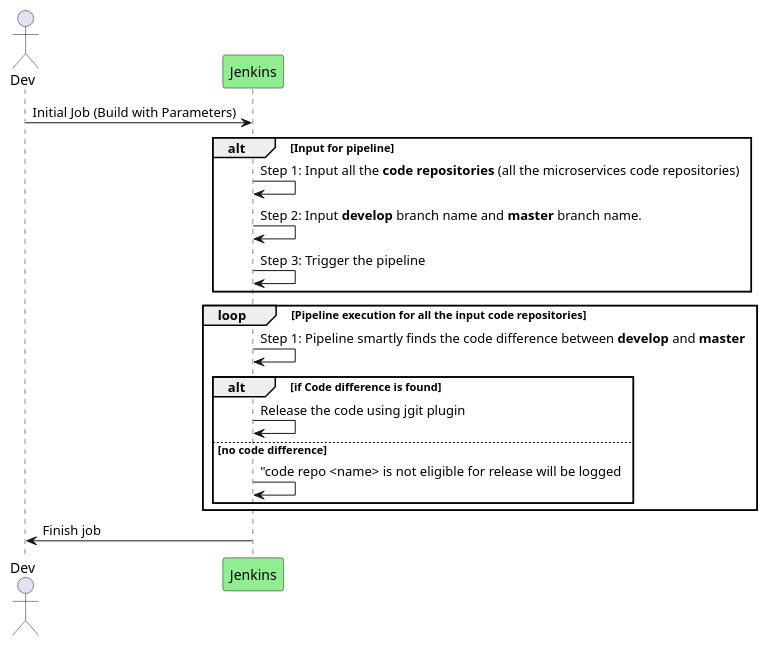
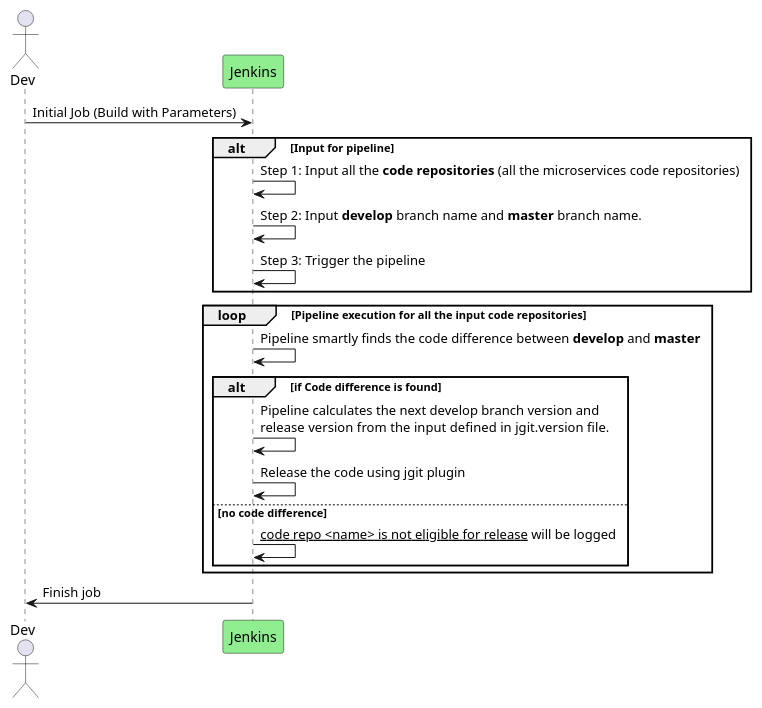
The diagram in docs/sequences/start-release.puml (dhruv-bansal/jgit-jenkins-pipeline), drawn with PlantUML before and after one commit. The commit also changed 1 other file, not shown here.

Commit message:
correcting start-release documentation

```diff
--- a/docs/sequences/start-release.puml
+++ b/docs/sequences/start-release.puml
@@ -1,23 +1,25 @@
 @startuml
 actor "Dev" as dev
 participant "Jenkins" as jenkin #lightgreen
 
 dev -> jenkin : Initial Job (Build with Parameters)
 
 
 alt Input for pipeline
 jenkin -> jenkin: Step 1: Input all the **code repositories** (all the microservices code repositories)
 jenkin -> jenkin: Step 2: Input **develop** branch name and **master** branch name.
 jenkin -> jenkin: Step 3: Trigger the pipeline
 end
 
 loop Pipeline execution for all the input code repositories
-    jenkin -> jenkin: Step 1: Pipeline smartly finds the code difference between **develop** and **master**
+    jenkin -> jenkin: Pipeline smartly finds the code difference between **develop** and **master**
     alt if Code difference is found
+       jenkin -> jenkin: Pipeline calculates the next develop branch version and\nrelease version  from the input defined in jgit.version file.
        jenkin -> jenkin: Release the code using jgit plugin
+
     else no code difference
-        jenkin -> jenkin: "code repo <name> is not eligible for release will be logged
+        jenkin -> jenkin: __code repo <name> is not eligible for release__ will be logged
     end
 end
 jenkin -> dev: Finish job
 @enduml
```
